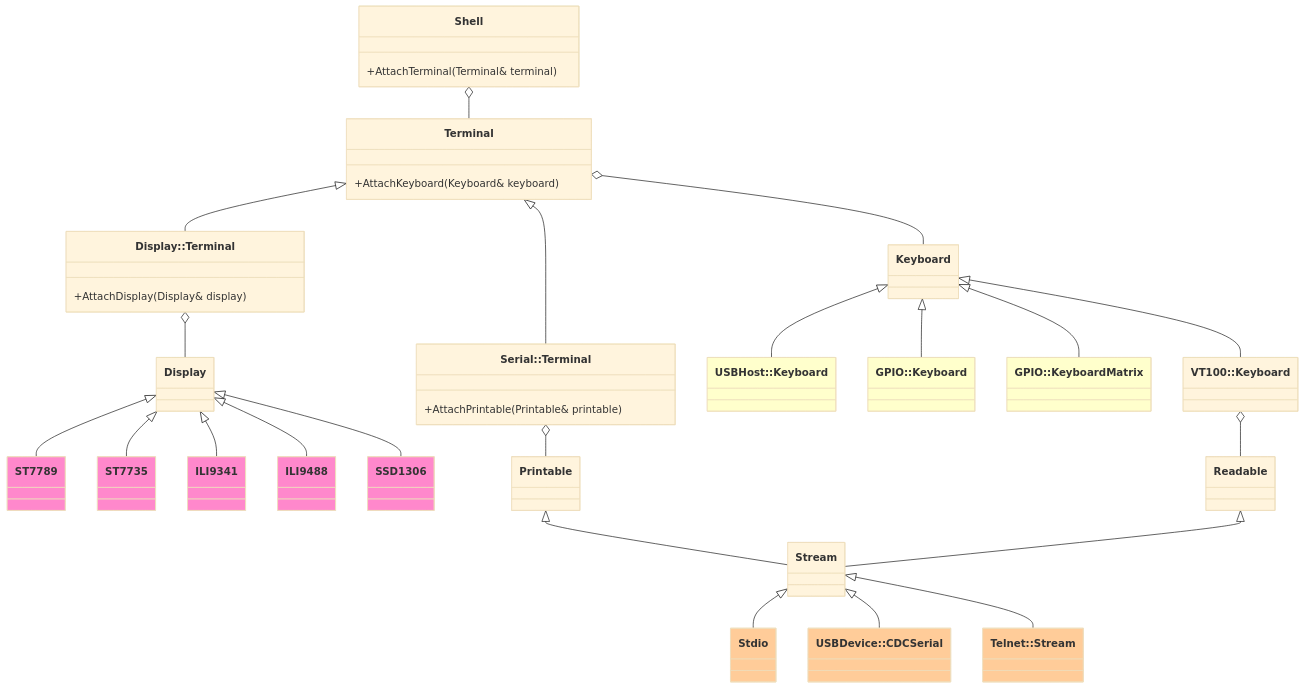
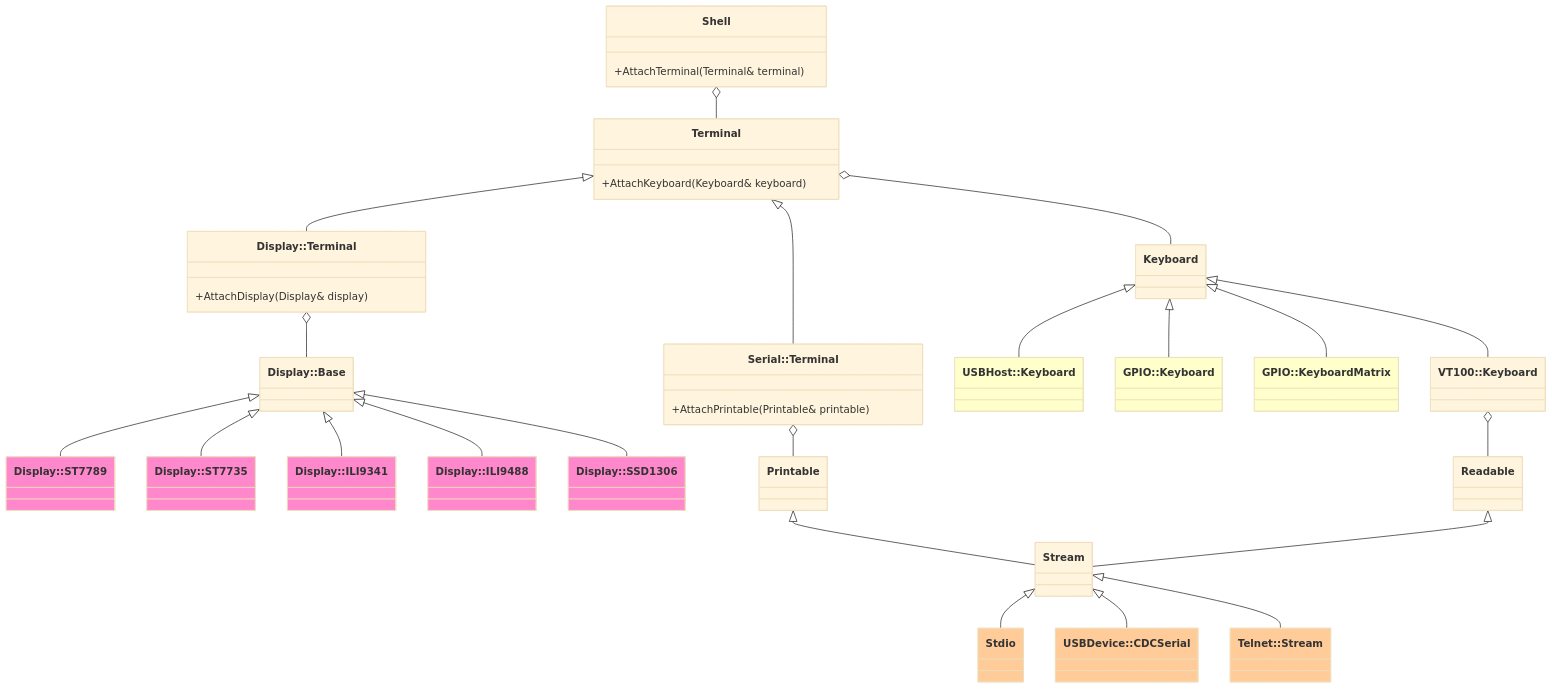
One commit to ypsitau/pico-jxglib changed the diagram in docs/library/shell/index.md. Above: the diagram before and after it, drawn with Mermaid (base theme). The commit also changed other lines of this file and 15 other files, not shown here.

````diff
--- a/docs/library/shell/index.md
+++ b/docs/library/shell/index.md
@@ -9,52 +13,53 @@
 ```mermaid
 classDiagram
   class Shell {
     +AttachTerminal(Terminal& terminal)
   }
   class Terminal {
     +AttachKeyboard(Keyboard& keyboard)
   }
   class Serial_Terminal["Serial::Terminal"] {
     +AttachPrintable(Printable& printable)
   }
   class Display_Terminal["Display::Terminal"] {
     +AttachDisplay(Display& display)
   }
   class Keyboard
   class VT100_Keyboard["VT100::Keyboard"]
   class USBHost_Keyboard["USBHost::Keyboard"]:::Class_Input
   class GPIO_Keyboard["GPIO::Keyboard"]:::Class_Input
   class GPIO_KeyboardMatrix["GPIO::KeyboardMatrix"]:::Class_Input
   class Stdio:::Class_Both
   class USBDevice_CDCSerial["USBDevice::CDCSerial"]:::Class_Both
   class Telnet_Stream["Telnet::Stream"]:::Class_Both
-  class ST7789:::Class_Output
-  class ST7735:::Class_Output
-  class ILI9341:::Class_Output
-  class ILI9488:::Class_Output
-  class SSD1306:::Class_Output
+  class Display_Base["Display::Base"]
+  class Display_ST7789["Display::ST7789"]:::Class_Output
+  class Display_ST7735["Display::ST7735"]:::Class_Output
+  class Display_ILI9341["Display::ILI9341"]:::Class_Output
+  class Display_ILI9488["Display::ILI9488"]:::Class_Output
+  class Display_SSD1306["Display::SSD1306"]:::Class_Output
   classDef Class_Input fill:#ffc
   classDef Class_Output fill:#f8c
   classDef Class_Both fill:#fc9
   Shell o-- Terminal
   Terminal <|-- Serial_Terminal
   Terminal <|-- Display_Terminal
   Terminal o-- Keyboard
   Keyboard <|-- VT100_Keyboard
   Keyboard <|-- USBHost_Keyboard
   Keyboard <|-- GPIO_Keyboard
   Keyboard <|-- GPIO_KeyboardMatrix
   Serial_Terminal o-- Printable
-  Display_Terminal o-- Display
+  Display_Terminal o-- Display_Base
   VT100_Keyboard o-- Readable
   Printable <|-- Stream
   Readable <|-- Stream
   Stream <|-- Stdio
   Stream <|-- USBDevice_CDCSerial
   Stream <|-- Telnet_Stream
-  Display <|-- ST7789
-  Display <|-- ST7735
-  Display <|-- ILI9341
-  Display <|-- ILI9488
-  Display <|-- SSD1306
+  Display_Base <|-- Display_ST7789
+  Display_Base <|-- Display_ST7735
+  Display_Base <|-- Display_ILI9341
+  Display_Base <|-- Display_ILI9488
+  Display_Base <|-- Display_SSD1306
 ```
````
